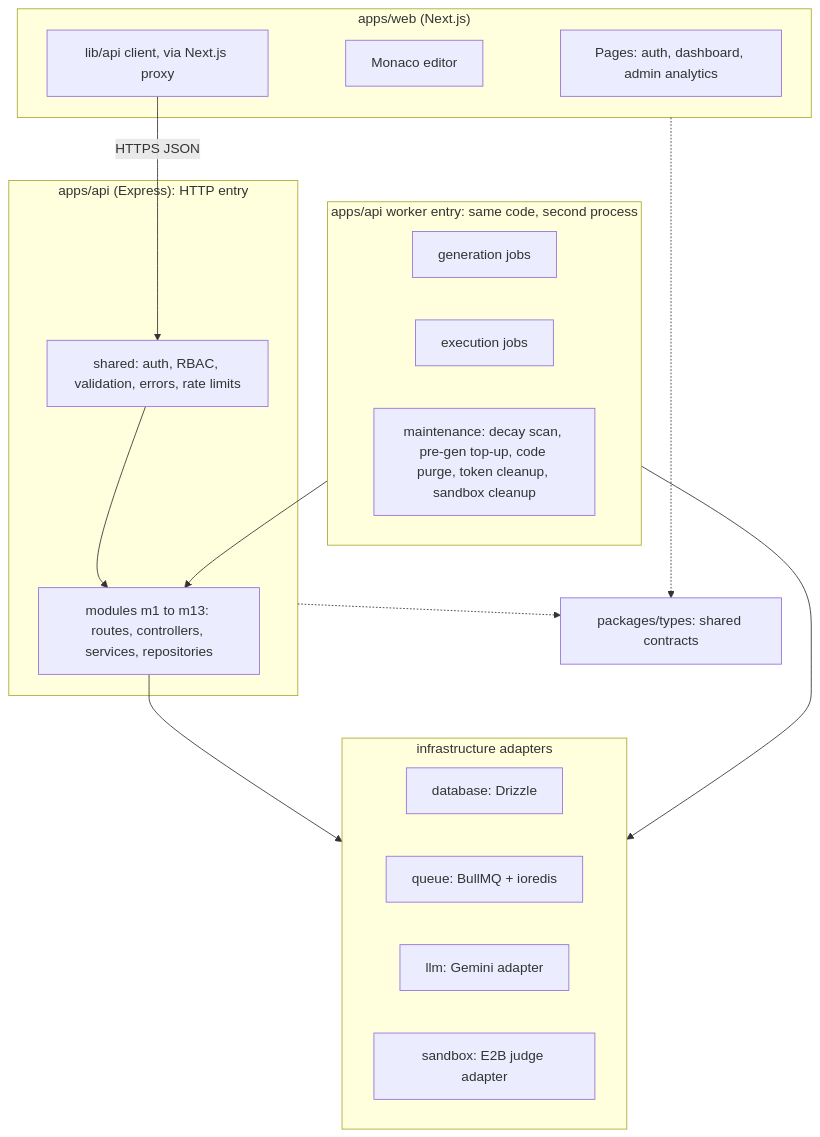
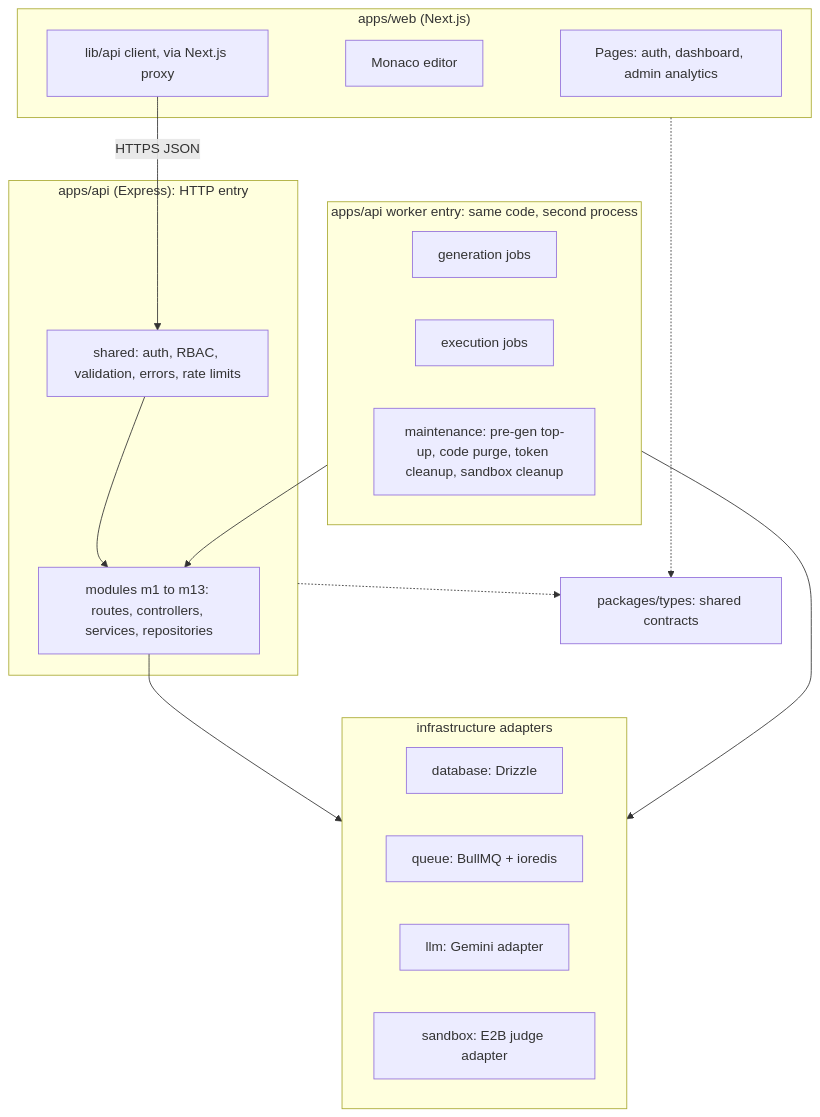
Diagram 31 of 32 in DOCS/phase-2/MP3-System-Design.md (Nidanos/ai-tutor-platform), drawn with Mermaid before and after one commit. The commit also changed other lines of this file and 3 other files, not shown here.

````diff
--- a/DOCS/phase-2/MP3-System-Design.md
+++ b/DOCS/phase-2/MP3-System-Design.md
@@ -1555,31 +1555,31 @@
 ```mermaid
 flowchart TB
   subgraph WEB["apps/web (Next.js)"]
     W1["Pages: auth, dashboard, admin analytics"]
     W2["Monaco editor"]
     W3["lib/api client, via Next.js proxy"]
   end
   subgraph API["apps/api (Express): HTTP entry"]
     MW["shared: auth, RBAC, validation, errors, rate limits"]
     MOD["modules m1 to m13: routes, controllers, services, repositories"]
   end
   subgraph WRK["apps/api worker entry: same code, second process"]
     J1["generation jobs"]
     J2["execution jobs"]
-    J3["maintenance: decay scan, pre-gen top-up, code purge, token cleanup, sandbox cleanup"]
+    J3["maintenance: pre-gen top-up, code purge, token cleanup, sandbox cleanup"]
   end
   subgraph INF["infrastructure adapters"]
     I1["database: Drizzle"]
     I2["queue: BullMQ + ioredis"]
     I3["llm: Gemini adapter"]
     I4["sandbox: E2B judge adapter"]
   end
   TY["packages/types: shared contracts"]
   W3 -->|HTTPS JSON| MW
   MW --> MOD
   MOD --> INF
   WRK --> INF
   WRK --> MOD
   WEB -.-> TY
   API -.-> TY
 ```
````
